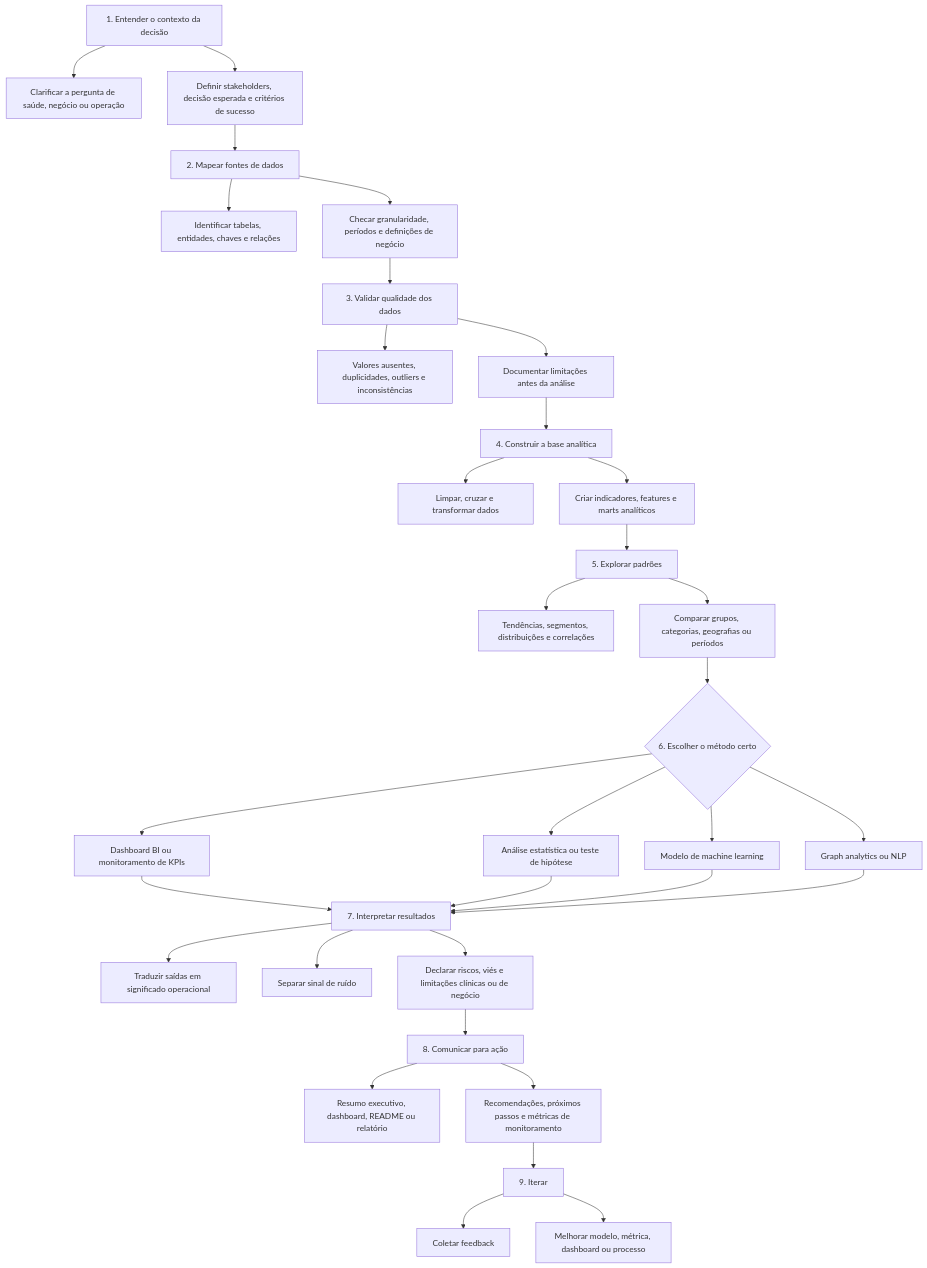
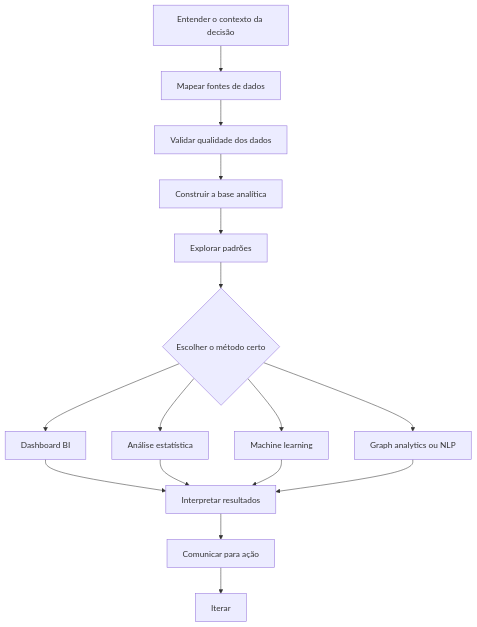
Before and after one commit to luandarod/luandarodrigues: the diagram in README.pt-BR.md, drawn with Mermaid. The commit also changed other lines of this file, not shown here.

````diff
--- a/README.pt-BR.md
+++ b/README.pt-BR.md
@@ -202,44 +191,18 @@
 ```mermaid
 flowchart TB
-    A[1. Entender o contexto da decisão] --> A1[Clarificar a pergunta de saúde, negócio ou operação]
-    A --> A2[Definir stakeholders, decisão esperada e critérios de sucesso]
-
-    A2 --> B[2. Mapear fontes de dados]
-    B --> B1[Identificar tabelas, entidades, chaves e relações]
-    B --> B2[Checar granularidade, períodos e definições de negócio]
-
-    B2 --> C[3. Validar qualidade dos dados]
-    C --> C1[Valores ausentes, duplicidades, outliers e inconsistências]
-    C --> C2[Documentar limitações antes da análise]
-
-    C2 --> D[4. Construir a base analítica]
-    D --> D1[Limpar, cruzar e transformar dados]
-    D --> D2[Criar indicadores, features e marts analíticos]
-
-    D2 --> E[5. Explorar padrões]
-    E --> E1[Tendências, segmentos, distribuições e correlações]
-    E --> E2[Comparar grupos, categorias, geografias ou períodos]
-
-    E2 --> F{6. Escolher o método certo}
-    F --> F1[Dashboard BI ou monitoramento de KPIs]
-    F --> F2[Análise estatística ou teste de hipótese]
-    F --> F3[Modelo de machine learning]
+    A[Entender o contexto da decisão] --> B[Mapear fontes de dados]
+    B --> C[Validar qualidade dos dados]
+    C --> D[Construir a base analítica]
+    D --> E[Explorar padrões]
+    E --> F{Escolher o método certo}
+    F --> F1[Dashboard BI]
+    F --> F2[Análise estatística]
+    F --> F3[Machine learning]
     F --> F4[Graph analytics ou NLP]
-
-    F1 --> G[7. Interpretar resultados]
+    F1 --> G[Interpretar resultados]
     F2 --> G
     F3 --> G
     F4 --> G
-
-    G --> G1[Traduzir saídas em significado operacional]
-    G --> G2[Separar sinal de ruído]
-    G --> G3[Declarar riscos, viés e limitações clínicas ou de negócio]
-
-    G3 --> H[8. Comunicar para ação]
-    H --> H1[Resumo executivo, dashboard, README ou relatório]
-    H --> H2[Recomendações, próximos passos e métricas de monitoramento]
-
-    H2 --> I[9. Iterar]
-    I --> I1[Coletar feedback]
-    I --> I2[Melhorar modelo, métrica, dashboard ou processo]
+    G --> H[Comunicar para ação]
+    H --> I[Iterar]
 ```
````
